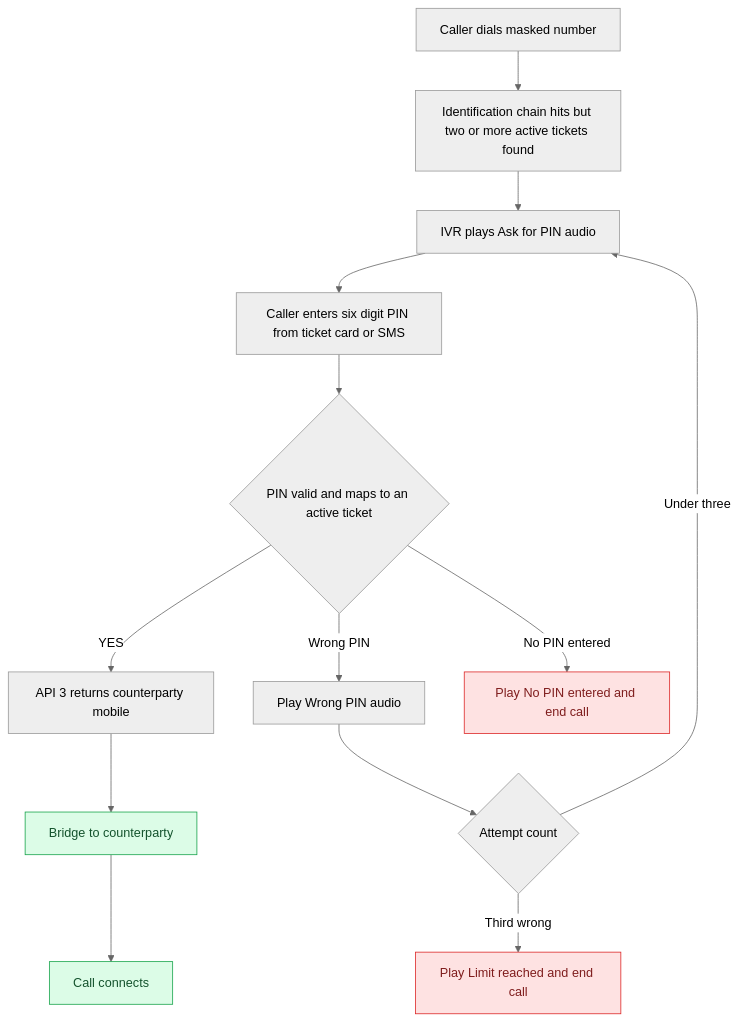
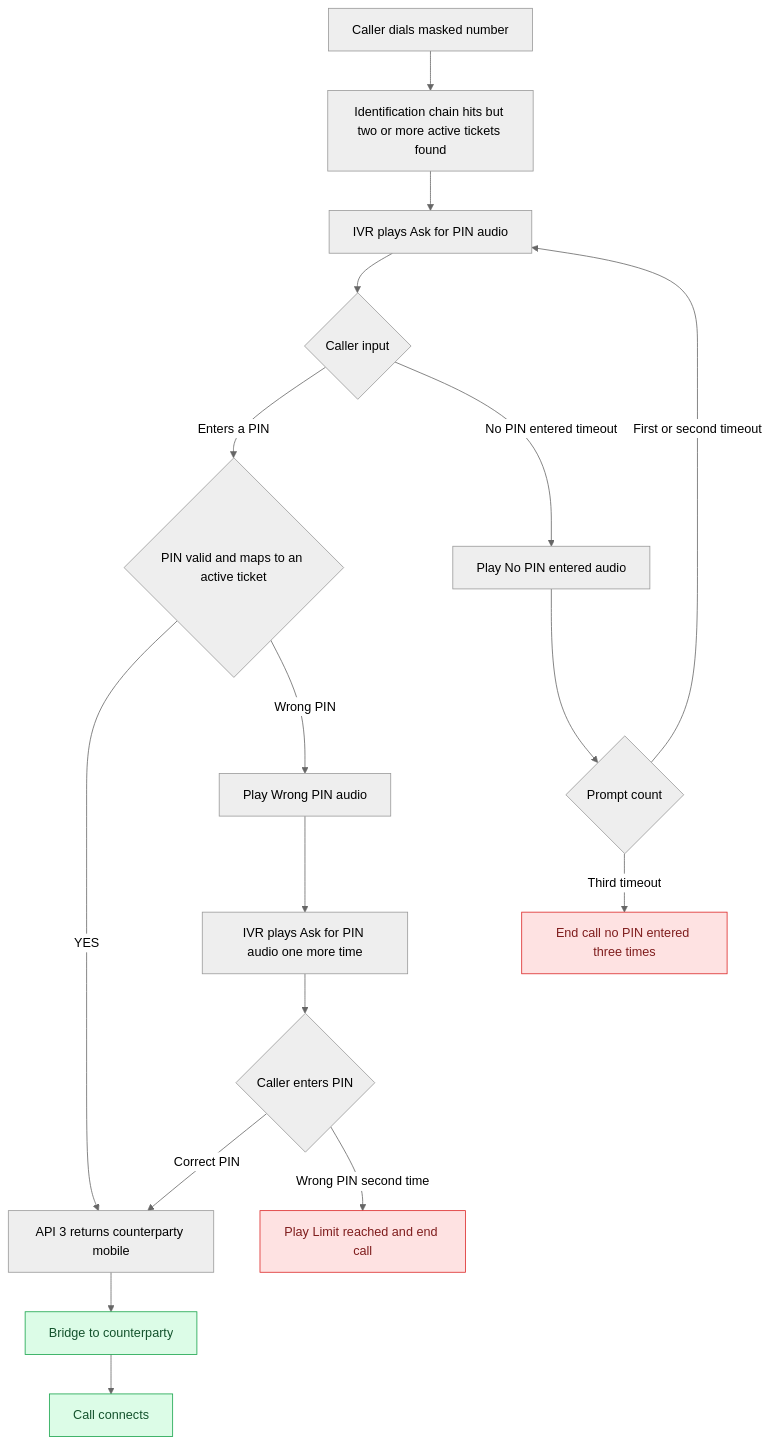
Before and after one commit to ashish-raj-wiom/IVR-Routing-Solutioning: the diagram in diagrams/src/path3.mmd, drawn with Mermaid (neutral theme). The commit also changed 6 other files, not shown here.

First line of the commit message:
Correct retry policy + embed audio players in flowcharts

```diff
--- a/diagrams/src/path3.mmd
+++ b/diagrams/src/path3.mmd
@@ -1,18 +1,22 @@
 flowchart TD
     Start[Caller dials masked number] --> Pre[Identification chain hits but two or more active tickets found]
     Pre --> A[IVR plays Ask for PIN audio]
-    A --> B[Caller enters six digit PIN from ticket card or SMS]
-    B --> C{PIN valid and maps to an active ticket}
+    A --> Input{Caller input}
+    Input -->|Enters a PIN| C{PIN valid and maps to an active ticket}
+    Input -->|No PIN entered timeout| NoPin[Play No PIN entered audio]
+    NoPin --> NoCount{Prompt count}
+    NoCount -->|First or second timeout| A
+    NoCount -->|Third timeout| EndNoPin[End call no PIN entered three times]
     C -->|YES| D[API 3 returns counterparty mobile]
     D --> E[Bridge to counterparty]
     E --> Done[Call connects]
     C -->|Wrong PIN| F[Play Wrong PIN audio]
-    F --> G{Attempt count}
-    G -->|Under three| A
-    G -->|Third wrong| H[Play Limit reached and end call]
-    C -->|No PIN entered| I[Play No PIN entered and end call]
+    F --> Retry[IVR plays Ask for PIN audio one more time]
+    Retry --> C2{Caller enters PIN}
+    C2 -->|Correct PIN| D
+    C2 -->|Wrong PIN second time| H[Play Limit reached and end call]
 
     classDef good fill:#dcfce7,stroke:#16a34a,color:#14532d
     classDef bad fill:#fee2e2,stroke:#dc2626,color:#7f1d1d
     class E,Done good
-    class H,I bad
+    class H,EndNoPin bad
```
